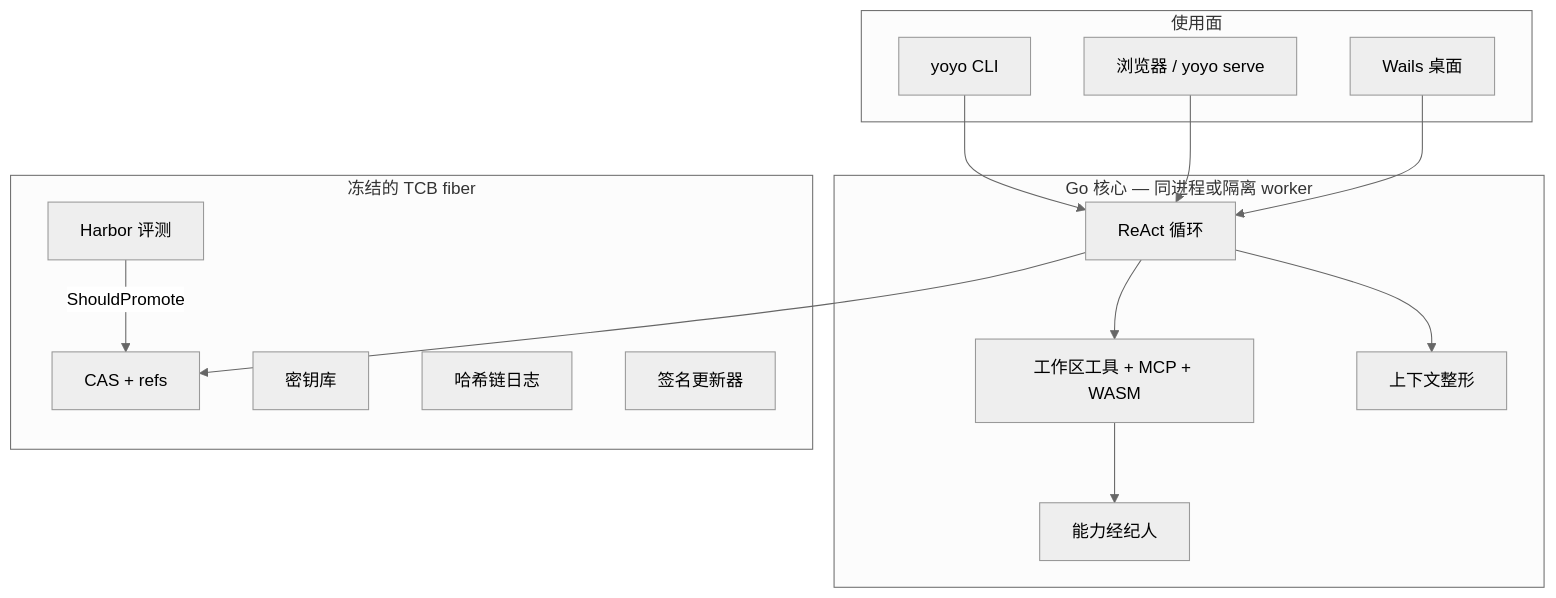
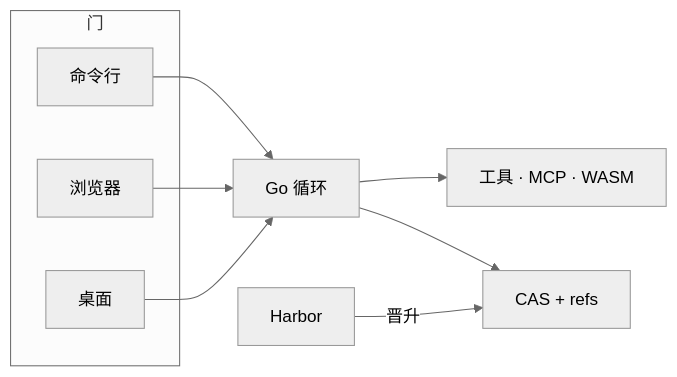
The diagram in README.zh-CN.md (Shenchangxin/yoyo), drawn with Mermaid (neutral theme) before and after one commit. The commit also changed other lines of this file and 6 other files, not shown here.

````diff
--- a/README.zh-CN.md
+++ b/README.zh-CN.md
@@ -47,32 +172,18 @@
 ```mermaid
-flowchart TB
-  subgraph surfaces [使用面]
-    CLI[yoyo CLI]
-    HTTP[浏览器 / yoyo serve]
-    GUI[Wails 桌面]
+flowchart LR
+  subgraph doors [门]
+    CLI[命令行]
+    HTTP[浏览器]
+    GUI[桌面]
   end
-
-  subgraph core [Go 核心 — 同进程或隔离 worker]
-    Loop[ReAct 循环]
-    Tools[工作区工具 + MCP + WASM]
-    Caps[能力经纪人]
-    Shape[上下文整形]
-  end
-
-  subgraph tcb [冻结的 TCB fiber]
-    CAS[CAS + refs]
-    Harbor[Harbor 评测]
-    Vault[密钥库]
-    Journal[哈希链日志]
-    Updater[签名更新器]
-  end
-
+  Loop[Go 循环]
+  Tools[工具 · MCP · WASM]
+  CAS[CAS + refs]
+  Harbor[Harbor]
   CLI --> Loop
   HTTP --> Loop
   GUI --> Loop
-  Loop --> Shape
   Loop --> Tools
-  Tools --> Caps
   Loop --> CAS
-  Harbor -->|"ShouldPromote"| CAS
+  Harbor -->|晋升| CAS
 ```
````
